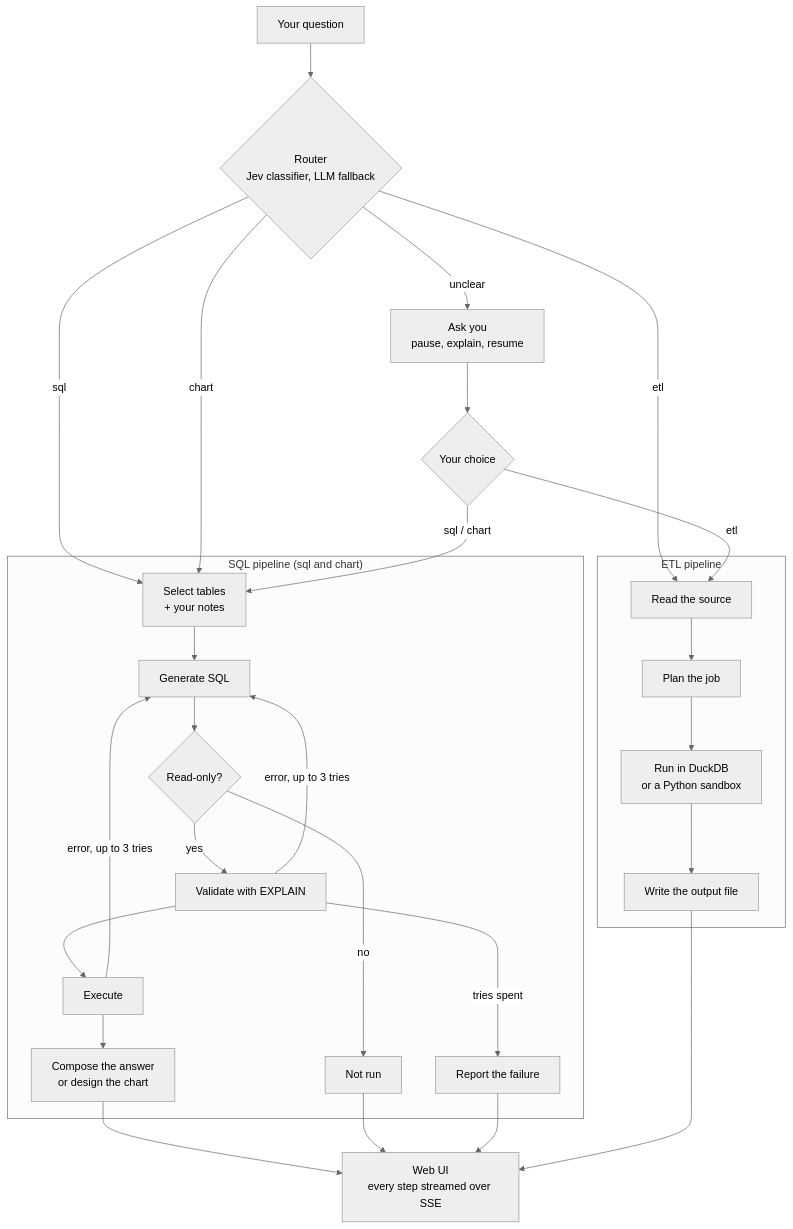
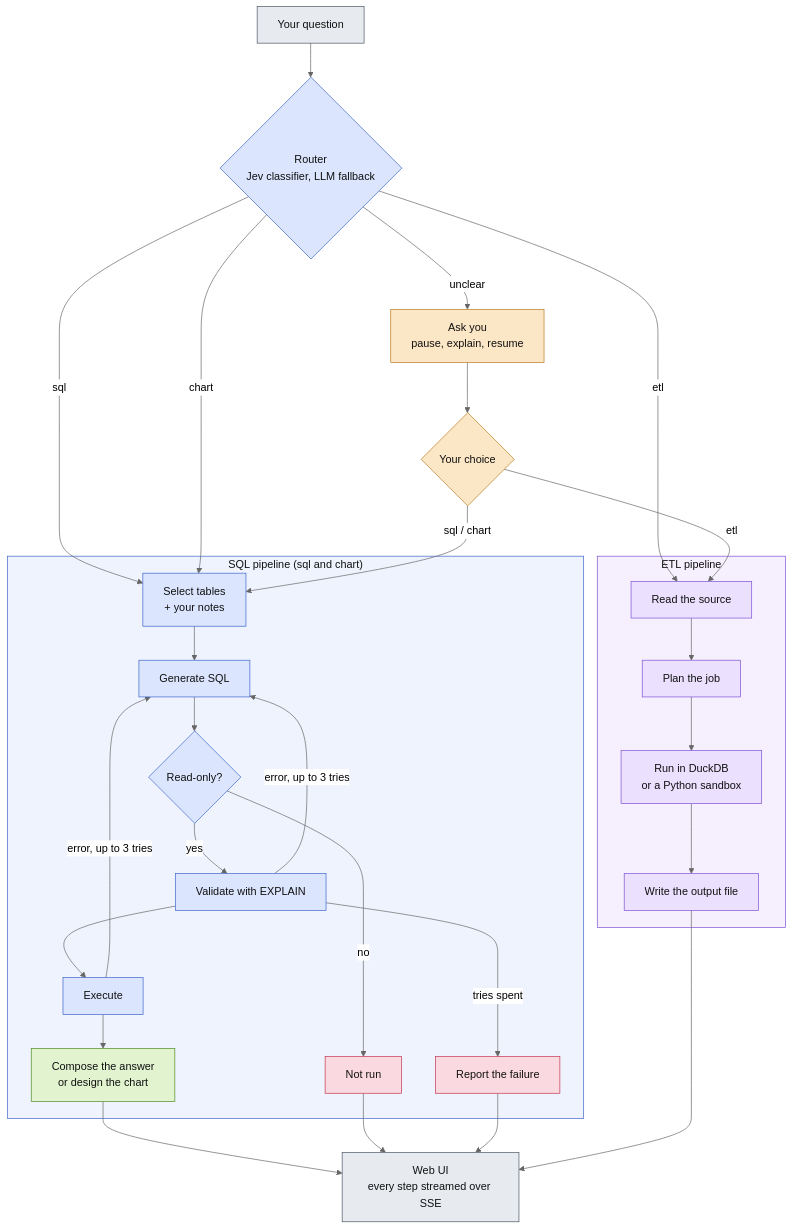
One commit to sumit-0804/omniquery changed the diagram in README.md. Above: the diagram before and after it, drawn with Mermaid (neutral theme).

Commit message:
Color the README diagram

````diff
--- a/README.md
+++ b/README.md
@@ -22,34 +22,52 @@
 ```mermaid
 flowchart TD
     Q["Your question"] --> R{"Router<br/>Jev classifier, LLM fallback"}
     R -- "unclear" --> H["Ask you<br/>pause, explain, resume"]
     H --> R2{"Your choice"}
     R -- "sql" --> S1
     R -- "chart" --> S1
     R -- "etl" --> E1
     R2 -- "sql / chart" --> S1
     R2 -- "etl" --> E1
 
     subgraph SQL["SQL pipeline (sql and chart)"]
         S1["Select tables<br/>+ your notes"] --> S2["Generate SQL"]
         S2 --> S3{"Read-only?"}
         S3 -- "no" --> NR["Not run"]
         S3 -- "yes" --> S4["Validate with EXPLAIN"]
         S4 --> S5["Execute"]
         S4 -- "error, up to 3 tries" --> S2
         S5 -- "error, up to 3 tries" --> S2
         S5 --> S6["Compose the answer<br/>or design the chart"]
         S4 -- "tries spent" --> F["Report the failure"]
     end
 
     subgraph ETL["ETL pipeline"]
         E1["Read the source"] --> E2["Plan the job"]
         E2 --> E3["Run in DuckDB<br/>or a Python sandbox"]
         E3 --> E4["Write the output file"]
     end
 
     S6 --> UI["Web UI<br/>every step streamed over SSE"]
     NR --> UI
     F --> UI
     E4 --> UI
+
+    classDef entry fill:#e7eaef,stroke:#4b5563,color:#111
+    classDef router fill:#dbe5fd,stroke:#3b63c9,color:#111
+    classDef human fill:#fbe7c6,stroke:#b7791f,color:#111
+    classDef sql fill:#dbe5fd,stroke:#3b63c9,color:#111
+    classDef etl fill:#ebe0fd,stroke:#7c4fd6,color:#111
+    classDef ok fill:#e1f3cf,stroke:#4d8a1f,color:#111
+    classDef stop fill:#fbd9e0,stroke:#c2334f,color:#111
+
+    class Q,UI entry
+    class R router
+    class H,R2 human
+    class S1,S2,S3,S4,S5 sql
+    class S6 ok
+    class E1,E2,E3,E4 etl
+    class NR,F stop
+    style SQL fill:#eef3fe,stroke:#3b63c9,color:#111
+    style ETL fill:#f5effe,stroke:#7c4fd6,color:#111
 ```
````
